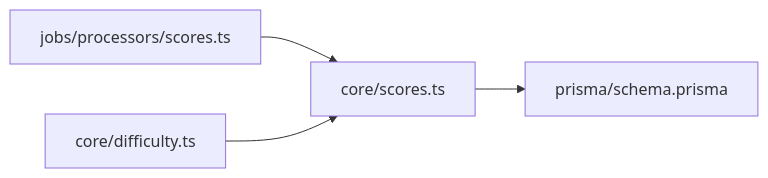
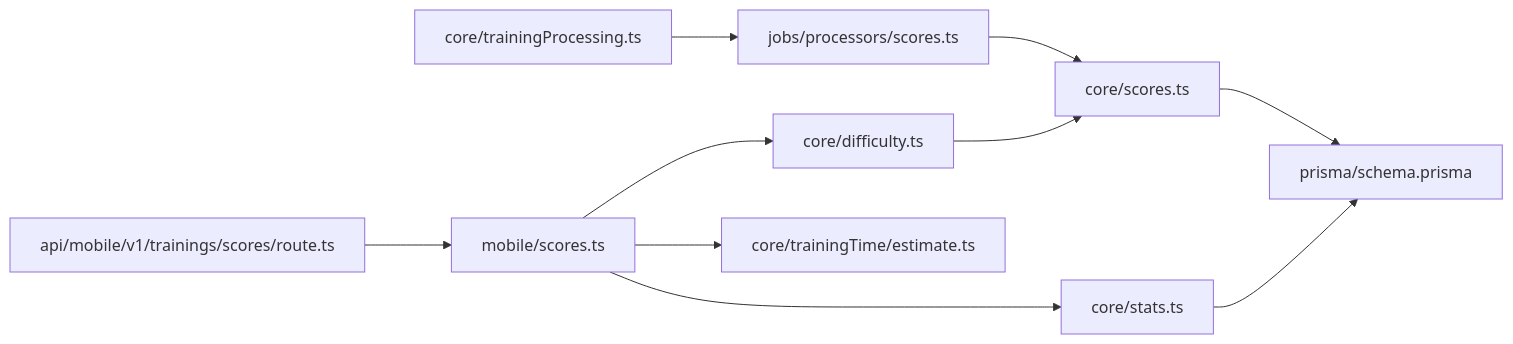
One commit to Dezzpil/meingym changed diagram 11 of 11 in .qoder/repowiki/en/content/Core Business Logic/Scoring and Analytics.md. Above: the diagram before and after it, drawn with Mermaid. The commit also changed other lines of this file and 12 other files, not shown here.

````diff
--- a/.qoder/repowiki/en/content/Core Business Logic/Scoring and Analytics.md
+++ b/.qoder/repowiki/en/content/Core Business Logic/Scoring and Analytics.md
@@ -277,6 +425,12 @@
 ```mermaid
 graph LR
-A["jobs/processors/scores.ts"] --> B["core/scores.ts"]
+TP["core/trainingProcessing.ts"] --> A["jobs/processors/scores.ts"]
+A --> B["core/scores.ts"]
 C["core/difficulty.ts"] --> B
+MR["api/mobile/v1/trainings/scores/route.ts"] --> MS["mobile/scores.ts"]
+MS --> C
+MS --> ST["core/stats.ts"]
+MS --> EST["core/trainingTime/estimate.ts"]
 B --> D["prisma/schema.prisma"]
+ST --> D
 ```
````
